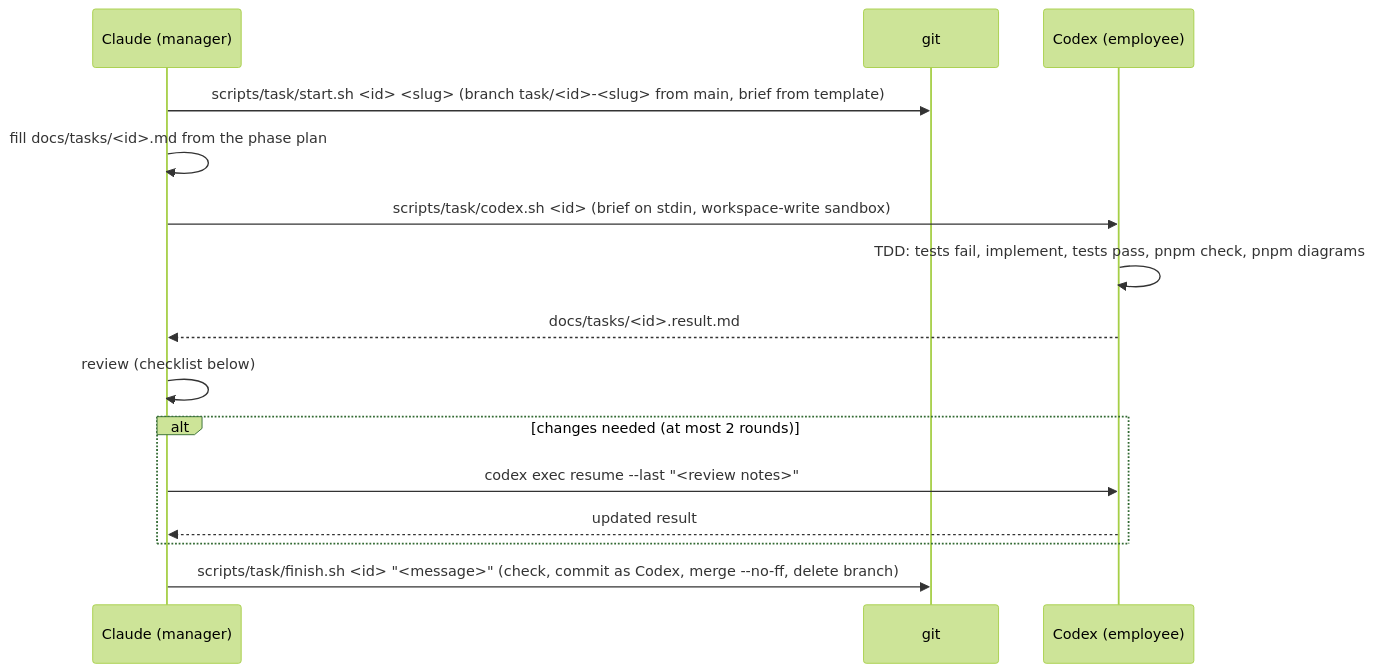
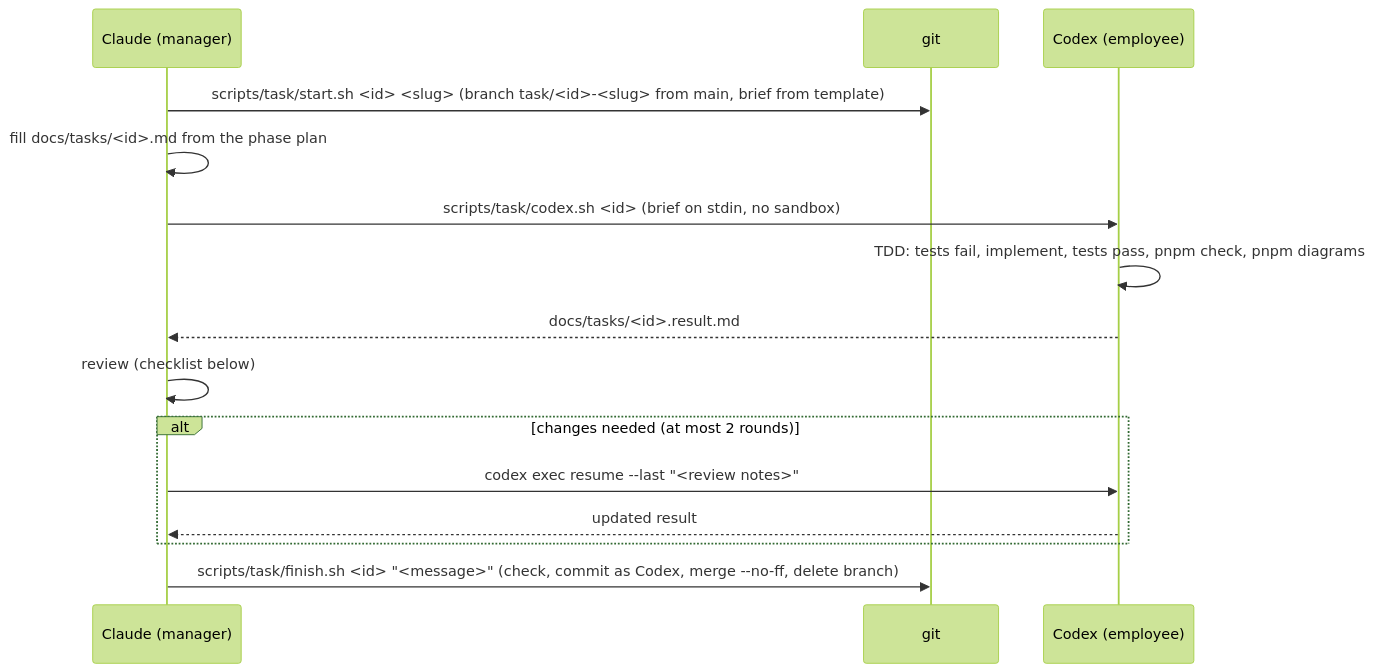
One commit to devrunch/ai-trader-2 changed the diagram in docs/process/WORKFLOW.md. Above: the diagram before and after it, drawn with Mermaid (forest theme). The commit also changed other lines of this file and 2 other files, not shown here.

Commit message:
chore: run Codex without sandbox, confined to the repo by AGENTS.md
The Windows sandbox blocked pnpm file locks, the SWC native binary and Docker.

````diff
--- a/docs/process/WORKFLOW.md
+++ b/docs/process/WORKFLOW.md
@@ -12,17 +12,17 @@
 ```mermaid
 sequenceDiagram
   participant M as Claude (manager)
   participant G as git
   participant C as Codex (employee)
   M->>G: scripts/task/start.sh <id> <slug>  (branch task/<id>-<slug> from main, brief from template)
   M->>M: fill docs/tasks/<id>.md from the phase plan
-  M->>C: scripts/task/codex.sh <id>  (brief on stdin, workspace-write sandbox)
+  M->>C: scripts/task/codex.sh <id>  (brief on stdin, no sandbox)
   C->>C: TDD: tests fail, implement, tests pass, pnpm check, pnpm diagrams
   C-->>M: docs/tasks/<id>.result.md
   M->>M: review (checklist below)
   alt changes needed (at most 2 rounds)
     M->>C: codex exec resume --last "<review notes>"
     C-->>M: updated result
   end
   M->>G: scripts/task/finish.sh <id> "<message>"  (check, commit as Codex, merge --no-ff, delete branch)
 ```
````
